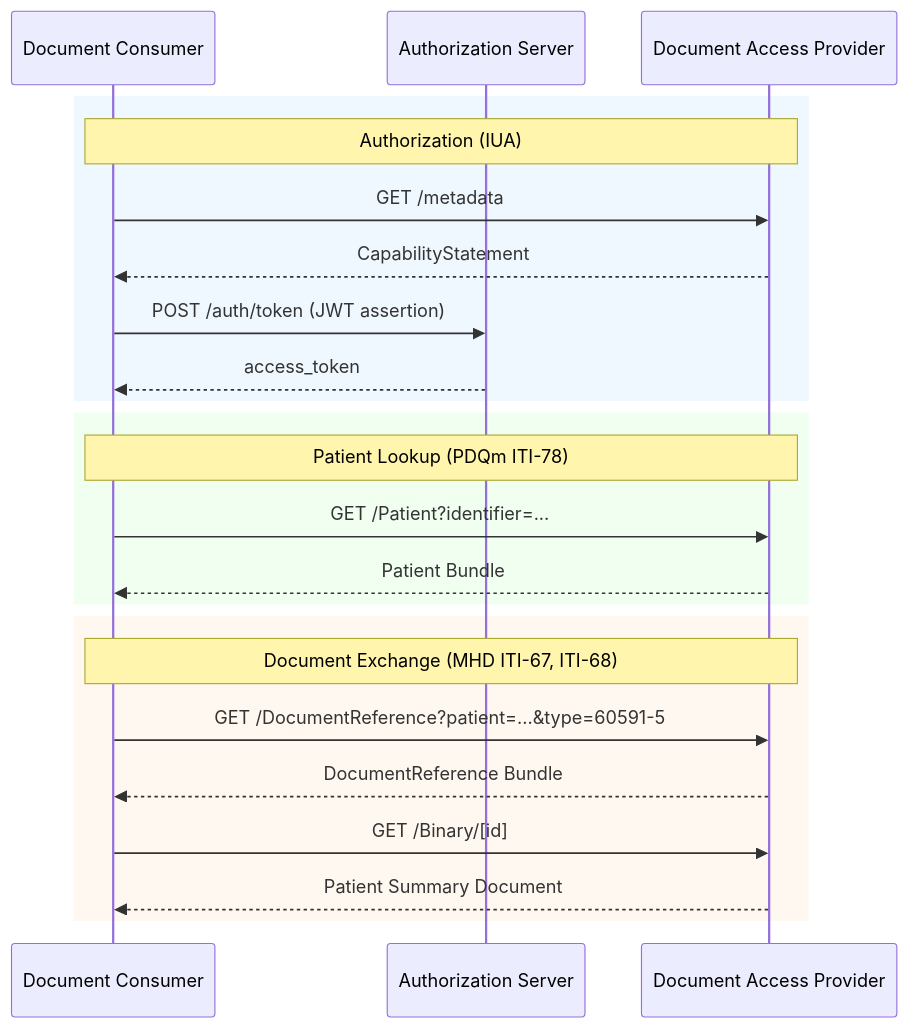
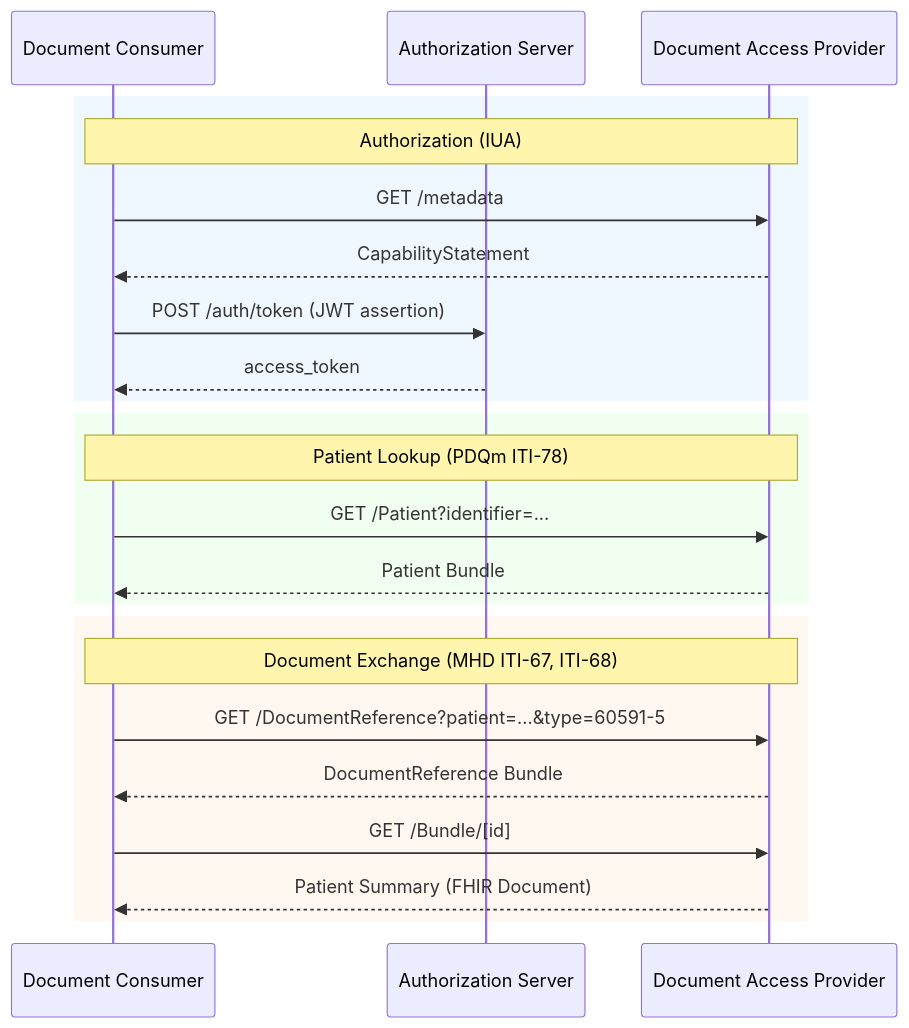
One commit to euridice-org/jwg-api changed the diagram in input/pagecontent/example-patient-summary.md. Above: the diagram before and after it, drawn with Mermaid. The commit also changed other lines of this file and 4 other files, not shown here.

First line of the commit message:
Fix ITI-68 retrieval for FHIR Documents: use Bundle, not Binary

````diff
--- a/input/pagecontent/example-patient-summary.md
+++ b/input/pagecontent/example-patient-summary.md
@@ -20,28 +20,28 @@
 ```mermaid
 sequenceDiagram
     participant Consumer as Document Consumer
     participant AuthZ as Authorization Server
     participant Provider as Document Access Provider
 
     rect rgb(240, 248, 255)
     Note over Consumer,Provider: Authorization (IUA)
     Consumer->>Provider: GET /metadata
     Provider-->>Consumer: CapabilityStatement
     Consumer->>AuthZ: POST /auth/token (JWT assertion)
     AuthZ-->>Consumer: access_token
     end
 
     rect rgb(240, 255, 240)
     Note over Consumer,Provider: Patient Lookup (PDQm ITI-78)
     Consumer->>Provider: GET /Patient?identifier=...
     Provider-->>Consumer: Patient Bundle
     end
 
     rect rgb(255, 248, 240)
     Note over Consumer,Provider: Document Exchange (MHD ITI-67, ITI-68)
     Consumer->>Provider: GET /DocumentReference?patient=...&type=60591-5
     Provider-->>Consumer: DocumentReference Bundle
-    Consumer->>Provider: GET /Binary/[id]
-    Provider-->>Consumer: Patient Summary Document
+    Consumer->>Provider: GET /Bundle/[id]
+    Provider-->>Consumer: Patient Summary (FHIR Document)
     end
 ```
````
